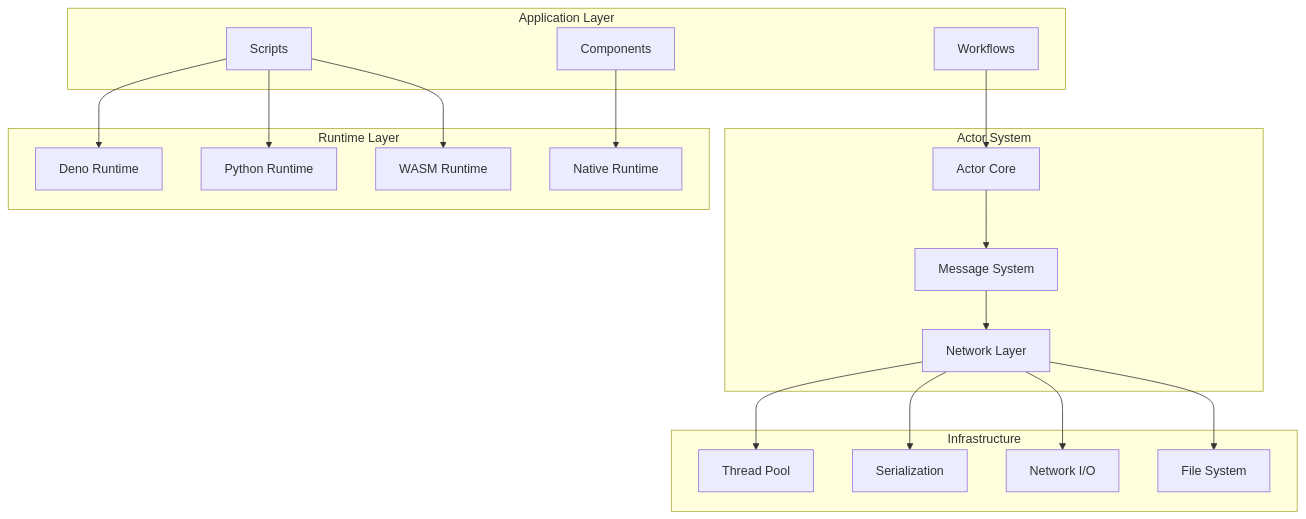
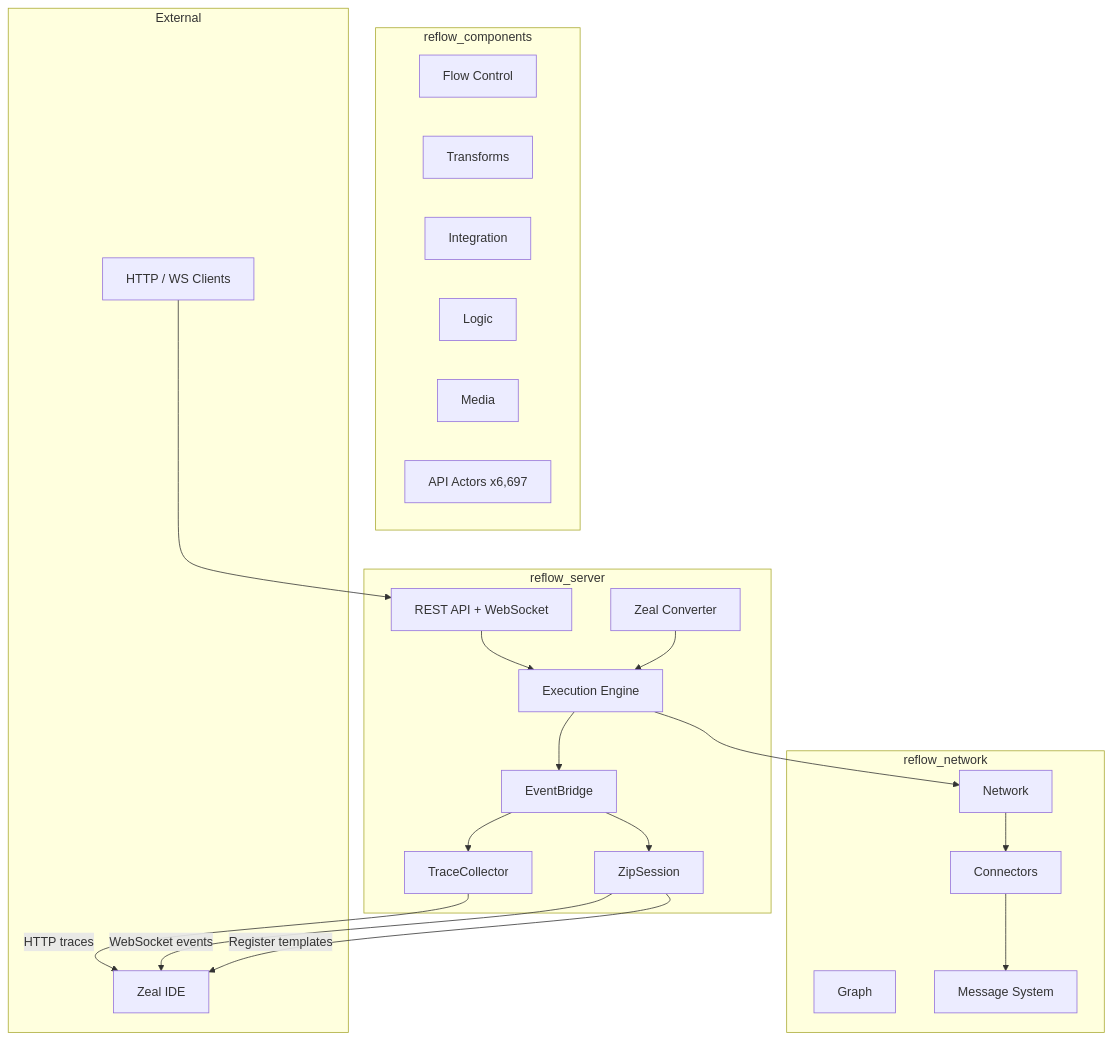
The first of 7 diagrams in docs/architecture/overview.md (offbit-ai/reflow), drawn with Mermaid before and after one commit. The commit also changed other lines of this file and 9 other files, not shown here.

First line of the commit message:
Update docs for Zeal integration, API actors, observability pipeline, and REST API

````diff
--- a/docs/architecture/overview.md
+++ b/docs/architecture/overview.md
@@ -9,42 +9,48 @@
 ```mermaid
 graph TB
-    subgraph "Application Layer"
-        WF[Workflows]
-        SC[Scripts]
-        CP[Components]
+    subgraph "reflow_server"
+        REST[REST API + WebSocket]
+        ENG[Execution Engine]
+        EB[EventBridge]
+        TC[TraceCollector]
+        ZIP[ZipSession]
+        ZC[Zeal Converter]
     end
-    
-    subgraph "Actor System"
-        AC[Actor Core]
+
+    subgraph "reflow_components"
+        FC[Flow Control]
+        TR[Transforms]
+        INT[Integration]
+        LG[Logic]
+        MD[Media]
+        API[API Actors x6,697]
+    end
+
+    subgraph "reflow_network"
+        NET[Network]
+        GR[Graph]
         MSG[Message System]
-        NET[Network Layer]
+        CON[Connectors]
     end
-    
-    subgraph "Runtime Layer"
-        DR[Deno Runtime]
-        PR[Python Runtime]
-        WR[WASM Runtime]
-        NR[Native Runtime]
+
+    subgraph "External"
+        ZEAL[Zeal IDE]
+        CLIENT[HTTP / WS Clients]
     end
-    
-    subgraph "Infrastructure"
-        THR[Thread Pool]
-        SER[Serialization]
-        NET_IO[Network I/O]
-        FS[File System]
-    end
-    
-    WF --> AC
-    SC --> DR
-    SC --> PR
-    SC --> WR
-    CP --> NR
-    
-    AC --> MSG
-    MSG --> NET
-    
-    NET --> THR
-    NET --> SER
-    NET --> NET_IO
-    NET --> FS
+
+    CLIENT --> REST
+    REST --> ENG
+    ENG --> NET
+    NET --> CON
+    CON --> MSG
+
+    ENG --> EB
+    EB --> TC
+    EB --> ZIP
+
+    TC -->|HTTP traces| ZEAL
+    ZIP -->|WebSocket events| ZEAL
+    ZIP -->|Register templates| ZEAL
+
+    ZC --> ENG
 ```
````
